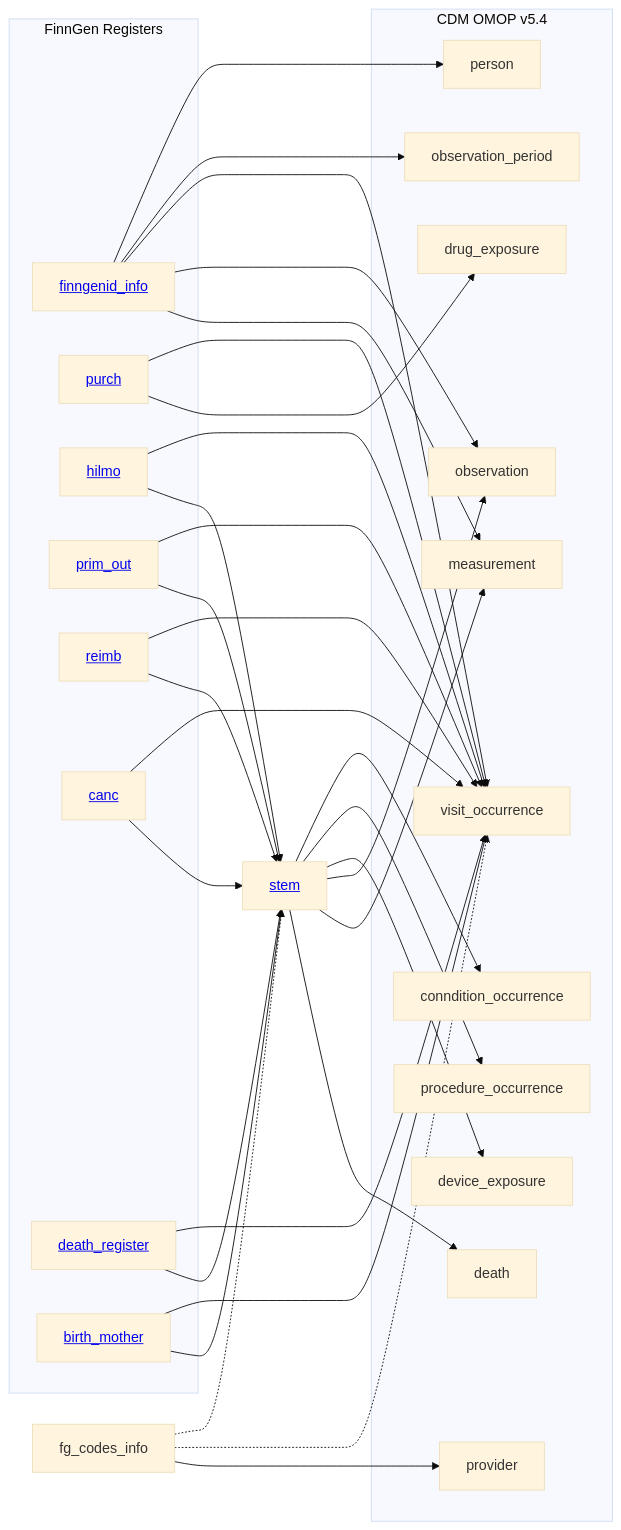
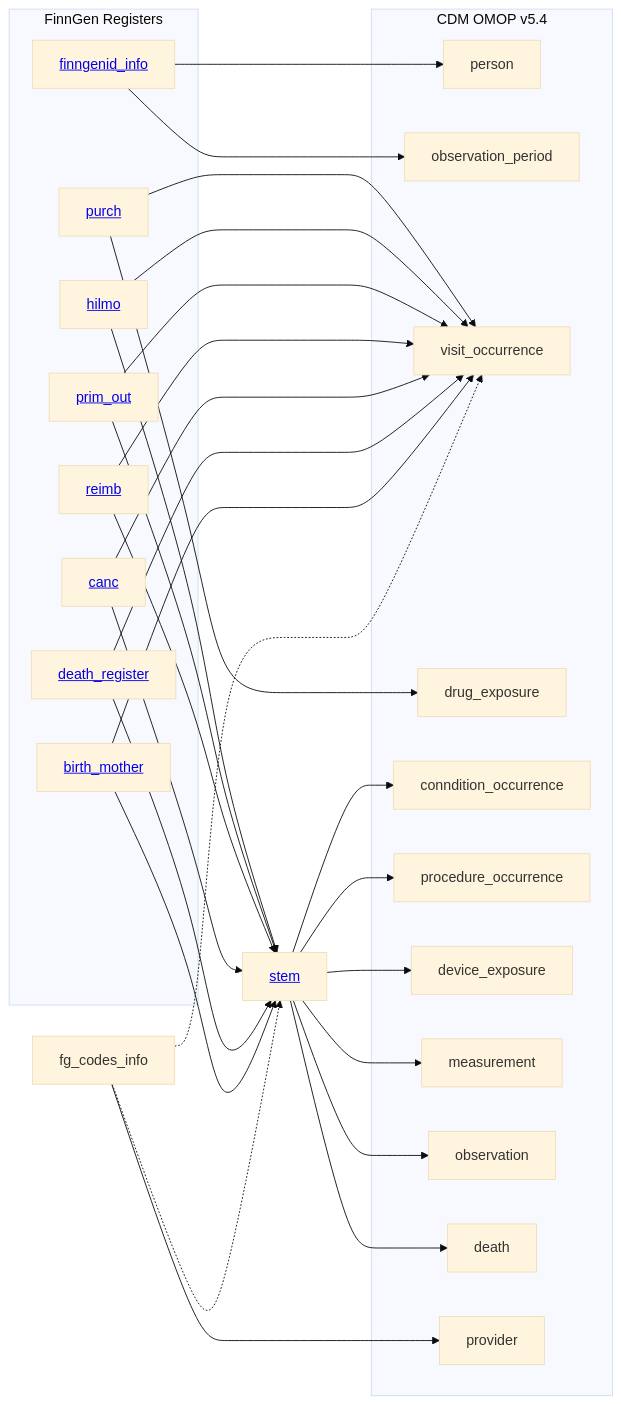
Before and after one commit to FINNGEN/ETL: the diagram in 2_etl_specifications/documentation/home.md, drawn with Mermaid. The commit also changed 2 other files, not shown here.

````diff
--- a/2_etl_specifications/documentation/home.md
+++ b/2_etl_specifications/documentation/home.md
@@ -21,70 +20,67 @@
 ```mermaid
 %%{init: {'theme': 'base' } }%%
 flowchart LR
     subgraph FinnGen Registers
         finngenid_info[<a href='finngenid_info.html'>finngenid_info</a>]
         purch[<a href='purch.html'>purch</a>]
         hilmo[<a href='hilmo.html'>hilmo</a>]
         prim_out[<a href='prim_out.html'>prim_out</a>]
         reimb[<a href='reimb.html'>reimb</a>]
         canc[<a href='canc.html'>canc</a>]
         death_register[<a href='death_register.html'>death_register</a>]
         birth_mother[<a href='birth_mother.html'>birth_mother</a>]
     end
 
     stem[<a href='stem.html'>stem</a>]
 
     subgraph CDM OMOP v5.4
         person
         observation_period
         visit_occurrence
         drug_exposure
         conndition_occurrence
         procedure_occurrence
         device_exposure
         measurement
         observation
         death
         provider
     end
 
 
-    finngenid_info --> person
-    finngenid_info --> observation_period
-    finngenid_info --> visit_occurrence
+    finngenid_info-->person
+    finngenid_info-->observation_period
 
     purch --> visit_occurrence
     purch --> drug_exposure
 
     hilmo --> visit_occurrence
     hilmo --> stem
 
     prim_out --> visit_occurrence
     prim_out --> stem
 
     reimb --> visit_occurrence
     reimb --> stem
 
     canc --> visit_occurrence
     canc --> stem
 
     death_register --> visit_occurrence
     death_register --> stem
 
     birth_mother --> visit_occurrence
     birth_mother --> stem
 
     stem --> conndition_occurrence 
     stem --> procedure_occurrence
     stem --> device_exposure
     stem --> observation
-    finngenid_info --> observation
     stem --> measurement
-    finngenid_info --> measurement
     stem --> death
 
     fg_codes_info -.-> stem 
     fg_codes_info -.-> visit_occurrence 
     fg_codes_info -->provider
     
 ```
````
